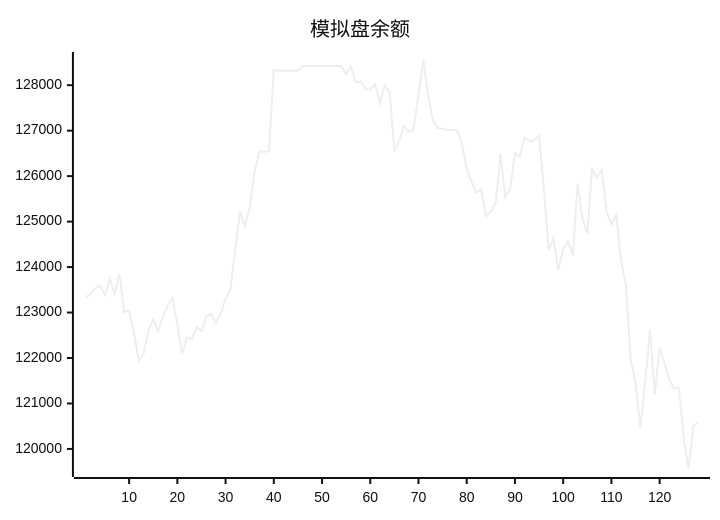
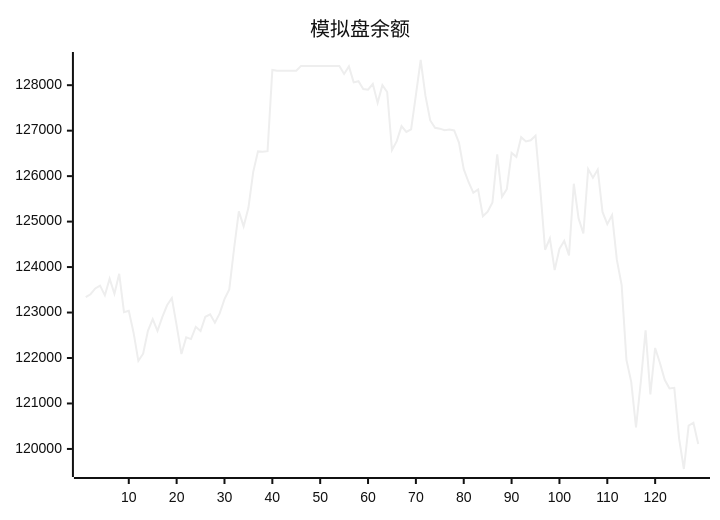
The diagram in README.md (aahl/ai-trading), drawn with Mermaid (neutral theme) before and after one commit. The commit also changed other lines of this file and 1 other file, not shown here.

````diff
--- a/README.md
+++ b/README.md
@@ -5,5 +5,5 @@
 ```mermaid
 xychart
     title "模拟盘余额"
-    line [123338,123402,123530,123592,123378,123745,123413,123853,123009,123040,122557,121938,122095,122599,122856,122597,122898,123160,123319,122719,122087,122454,122416,122685,122592,122907,122961,122776,122981,123295,123507,124403,125224,124894,125303,126088,126544,126534,126549,128335,128318,128318,128318,128318,128318,128424,128424,128424,128424,128424,128424,128424,128424,128424,128247,128412,128062,128087,127917,127901,128026,127611,128000,127850,126572,126770,127100,126971,127029,127783,128554,127765,127224,127064,127044,127009,127025,127004,126738,126152,125871,125635,125707,125117,125217,125420,126480,125545,125715,126511,126424,126856,126764,126788,126890,125710,124381,124632,123936,124402,124574,124256,125833,125070,124739,126154,125966,126145,125213,124943,125143,124157,123604,121959,121476,120476,121470,122610,121201,122221,121889,121522,121332,121344,120232,119559,120513,120577]
+    line [123338,123402,123530,123592,123378,123745,123413,123853,123009,123040,122557,121938,122095,122599,122856,122597,122898,123160,123319,122719,122087,122454,122416,122685,122592,122907,122961,122776,122981,123295,123507,124403,125224,124894,125303,126088,126544,126534,126549,128335,128318,128318,128318,128318,128318,128424,128424,128424,128424,128424,128424,128424,128424,128424,128247,128412,128062,128087,127917,127901,128026,127611,128000,127850,126572,126770,127100,126971,127029,127783,128554,127765,127224,127064,127044,127009,127025,127004,126738,126152,125871,125635,125707,125117,125217,125420,126480,125545,125715,126511,126424,126856,126764,126788,126890,125710,124381,124632,123936,124402,124574,124256,125833,125070,124739,126154,125966,126145,125213,124943,125143,124157,123604,121959,121476,120476,121470,122610,121201,122221,121889,121522,121332,121344,120232,119559,120513,120577,120108]
 ```
````
